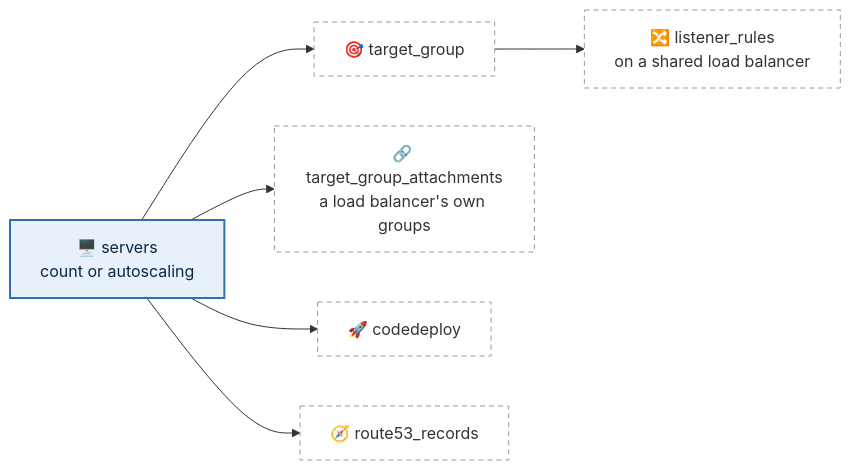
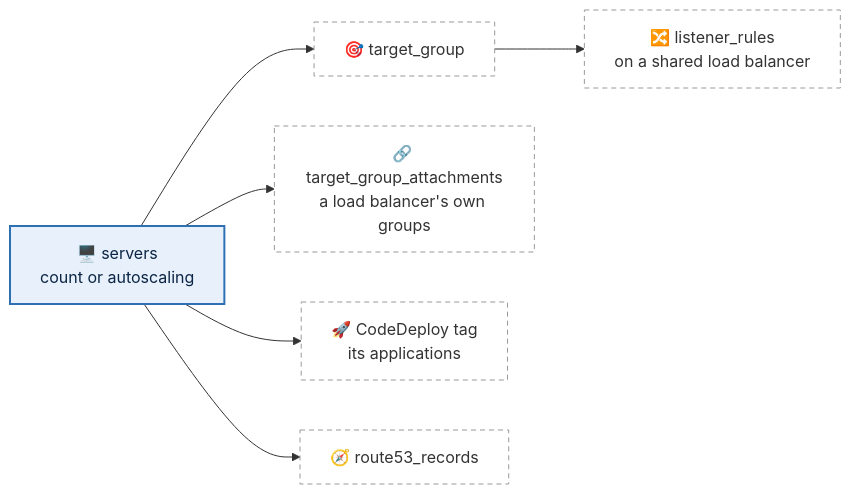
The diagram in docs/compute.md (justin-samuel12/terraform-aws-scaffold), drawn with Mermaid before and after one commit. The commit also changed other lines of this file and 182 other files, not shown here.

Commit message:
infra: CodeDeploy from tags, blueprints, ECS and EKS, SQL Server, RDS Custom and Aurora

````diff
--- a/docs/compute.md
+++ b/docs/compute.md
@@ -21,14 +21,14 @@
 ```mermaid
 flowchart LR
   base["🖥️ servers<br/>count or autoscaling"]
   tg["🎯 target_group"] --> lr["🔀 listener_rules<br/>on a shared load balancer"]
   base --> tg
   base --> tga["🔗 target_group_attachments<br/>a load balancer's own groups"]
-  base --> cd["🚀 codedeploy"]
+  base --> cd["🚀 CodeDeploy tag<br/>its applications"]
   base --> r53["🧭 route53_records"]
 
   classDef core fill:#e8f1fb,stroke:#2f6fb3,stroke-width:2px,color:#0b2545
   classDef opt fill:#ffffff,stroke:#999,stroke-dasharray:5 4,color:#333
   class base core
   class tg,lr,tga,cd,r53 opt
 ```
````
